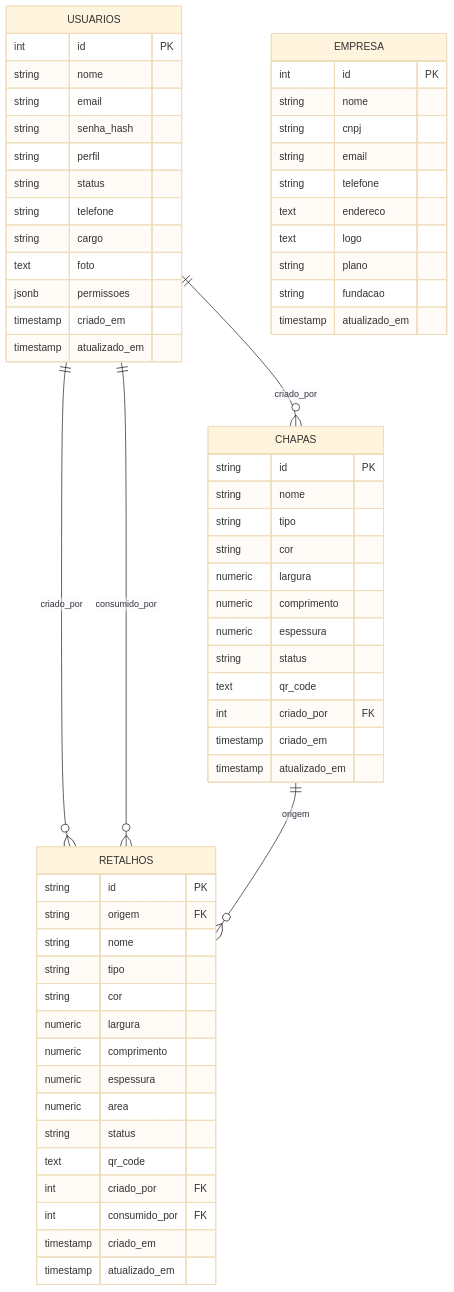
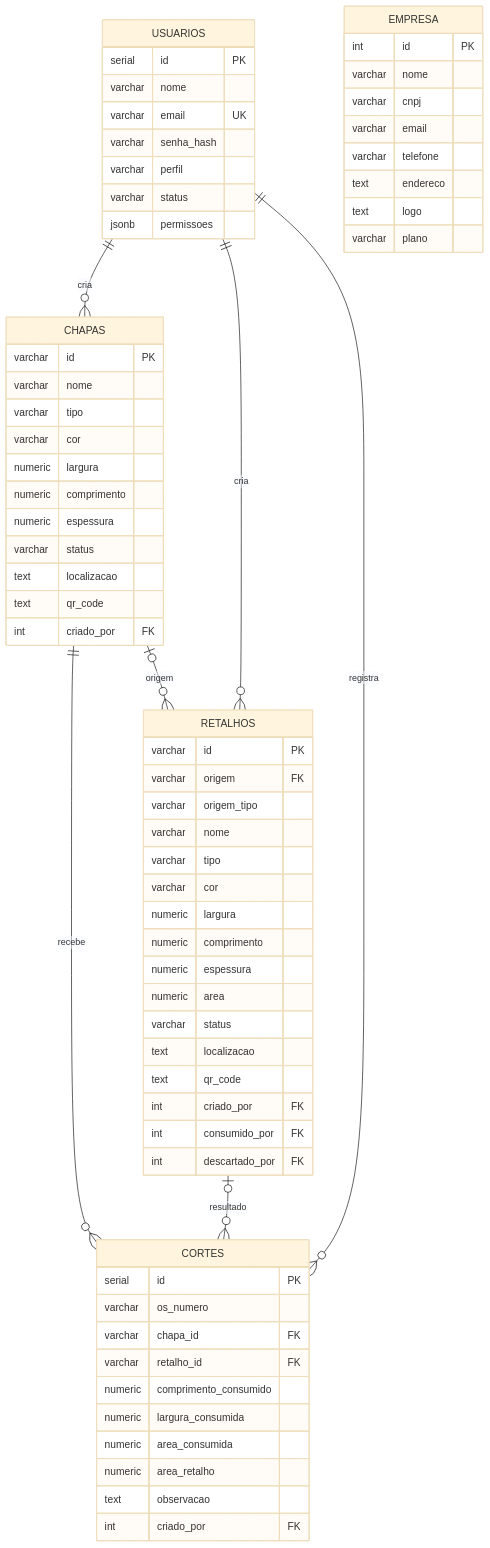
One commit to WlFerrari/TetusManager changed the diagram in diagramas/DIAGRAMA_ENTIDADE.md. Above: the diagram before and after it, drawn with Mermaid (base theme). The commit also changed other lines of this file, not shown here.

Commit message:
diagramas: atualizar entidades para retalhos legados e cortes sem sobra

````diff
--- a/diagramas/DIAGRAMA_ENTIDADE.md
+++ b/diagramas/DIAGRAMA_ENTIDADE.md
@@ -3,68 +5,76 @@
 ```mermaid
 erDiagram
-    USUARIOS ||--o{ CHAPAS : "criado_por"
-    USUARIOS ||--o{ RETALHOS : "criado_por"
-    USUARIOS ||--o{ RETALHOS : "consumido_por"
-    CHAPAS ||--o{ RETALHOS : "origem"
+    USUARIOS ||--o{ CHAPAS : cria
+    USUARIOS ||--o{ RETALHOS : cria
+    USUARIOS ||--o{ CORTES : registra
+    CHAPAS ||--o{ CORTES : recebe
+    CHAPAS o|--o{ RETALHOS : origem
+    RETALHOS o|--o{ CORTES : resultado
 
     USUARIOS {
-        int id PK
-        string nome
-        string email
-        string senha_hash
-        string perfil
-        string status
-        string telefone
-        string cargo
-        text foto
+        serial id PK
+        varchar nome
+        varchar email UK
+        varchar senha_hash
+        varchar perfil
+        varchar status
         jsonb permissoes
-        timestamp criado_em
-        timestamp atualizado_em
     }
 
     CHAPAS {
-        string id PK
-        string nome
-        string tipo
-        string cor
+        varchar id PK
+        varchar nome
+        varchar tipo
+        varchar cor
         numeric largura
         numeric comprimento
         numeric espessura
-        string status
+        varchar status
+        text localizacao
         text qr_code
         int criado_por FK
-        timestamp criado_em
-        timestamp atualizado_em
     }
 
     RETALHOS {
-        string id PK
-        string origem FK
-        string nome
-        string tipo
-        string cor
+        varchar id PK
+        varchar origem FK
+        varchar origem_tipo
+        varchar nome
+        varchar tipo
+        varchar cor
         numeric largura
         numeric comprimento
         numeric espessura
         numeric area
-        string status
+        varchar status
+        text localizacao
         text qr_code
         int criado_por FK
         int consumido_por FK
-        timestamp criado_em
-        timestamp atualizado_em
+        int descartado_por FK
+    }
+
+    CORTES {
+        serial id PK
+        varchar os_numero
+        varchar chapa_id FK
+        varchar retalho_id FK
+        numeric comprimento_consumido
+        numeric largura_consumida
+        numeric area_consumida
+        numeric area_retalho
+        text observacao
+        int criado_por FK
     }
 
     EMPRESA {
         int id PK
-        string nome
-        string cnpj
-        string email
-        string telefone
+        varchar nome
+        varchar cnpj
+        varchar email
+        varchar telefone
         text endereco
         text logo
-        string plano
-        string fundacao
-        timestamp atualizado_em
+        varchar plano
     }
 ```
````
